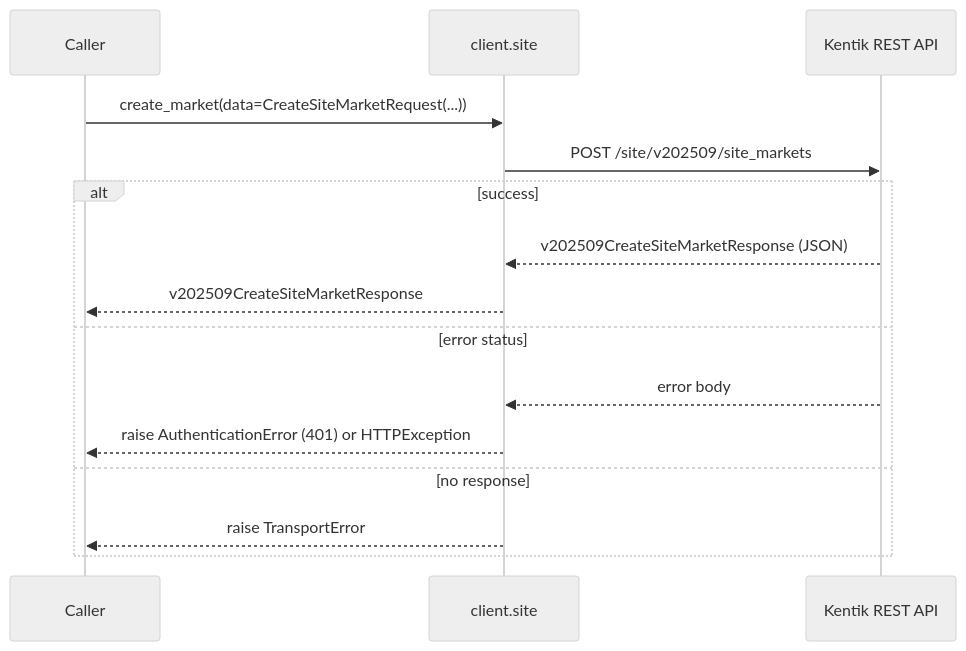
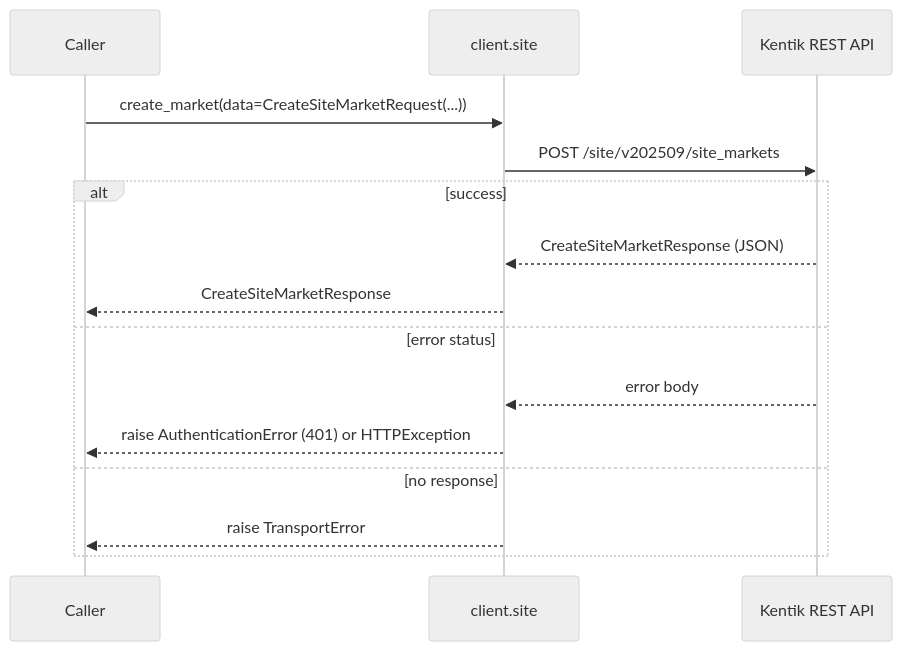
Before and after one commit to alexdearaujo/community_sdk_python: the fourth of 22 diagrams in docs/sphinx/services/site.md, drawn with Mermaid (neutral theme). The commit also changed other lines of this file and 38 other files, not shown here.

````diff
--- a/docs/sphinx/services/site.md
+++ b/docs/sphinx/services/site.md
@@ -106,18 +106,18 @@
 ```mermaid
 sequenceDiagram
     participant C as Caller
     participant W as client.site
     participant API as Kentik REST API
 
     C->>W: create_market(data=CreateSiteMarketRequest(...))
     W->>API: POST /site/v202509/site_markets
     alt success
-        API-->>W: v202509CreateSiteMarketResponse (JSON)
-        W-->>C: v202509CreateSiteMarketResponse
+        API-->>W: CreateSiteMarketResponse (JSON)
+        W-->>C: CreateSiteMarketResponse
     else error status
         API-->>W: error body
         W-->>C: raise AuthenticationError (401) or HTTPException
     else no response
         W-->>C: raise TransportError
     end
 ```
````
